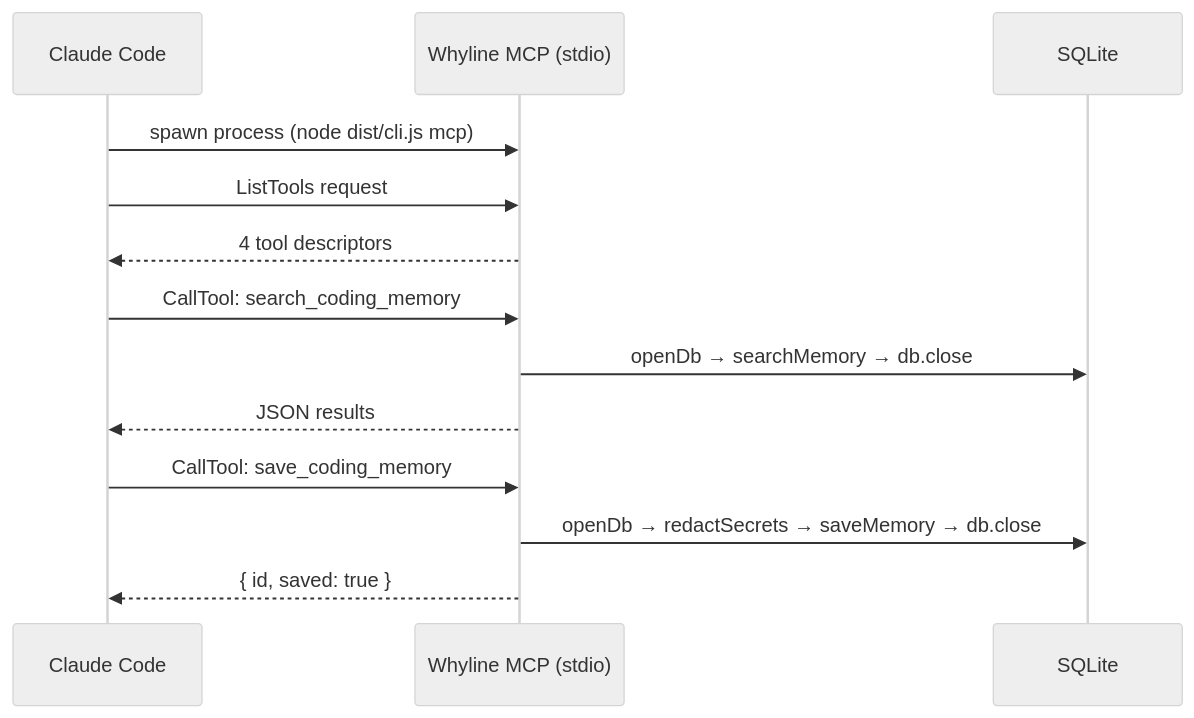
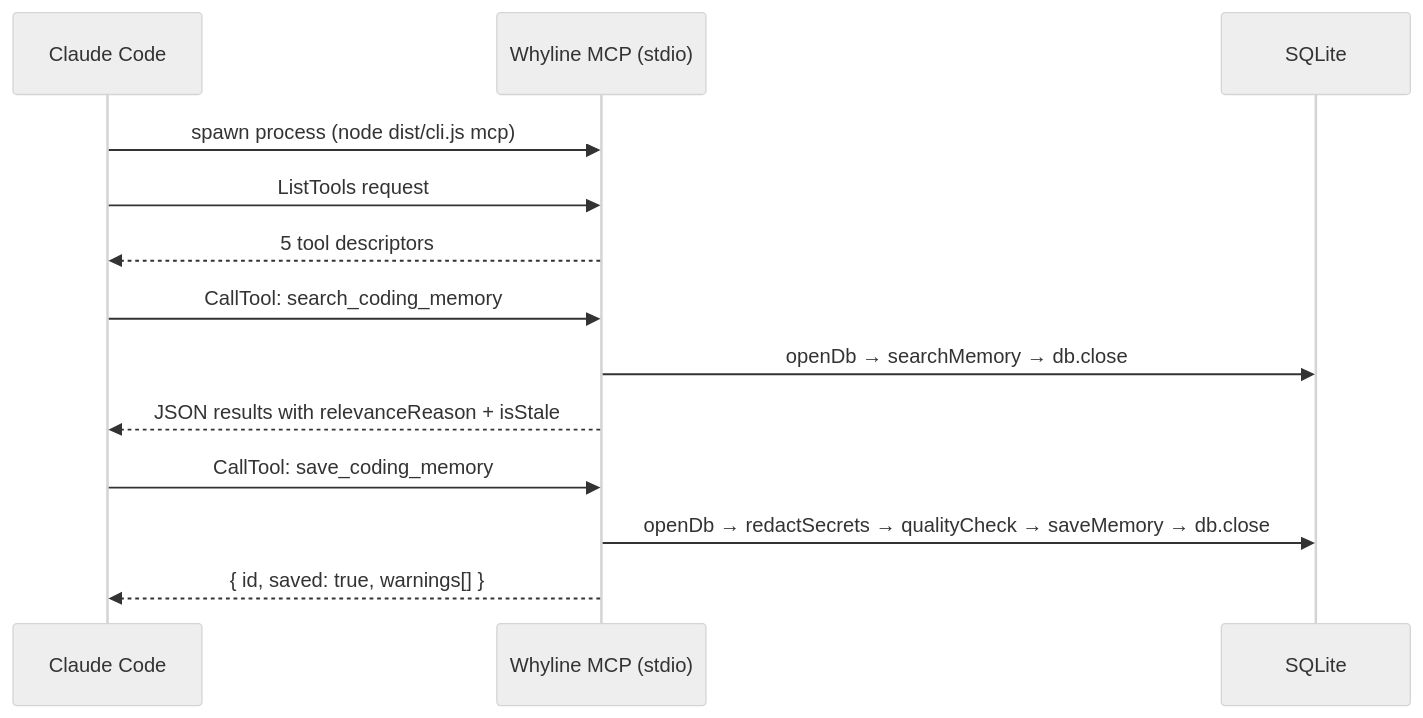
One commit to malinda1986/whyline changed the eighth of 8 diagrams in docs/architecture.md. Above: the diagram before and after it, drawn with Mermaid (neutral theme). The commit also changed other lines of this file and 9 other files, not shown here.

````diff
--- a/docs/architecture.md
+++ b/docs/architecture.md
@@ -260,18 +300,18 @@
 ```mermaid
 sequenceDiagram
     participant CC as Claude Code
     participant Server as Whyline MCP (stdio)
     participant DB as SQLite
 
     CC->>Server: spawn process (node dist/cli.js mcp)
     CC->>Server: ListTools request
-    Server-->>CC: 4 tool descriptors
+    Server-->>CC: 5 tool descriptors
 
     CC->>Server: CallTool: search_coding_memory
     Server->>DB: openDb → searchMemory → db.close
-    Server-->>CC: JSON results
+    Server-->>CC: JSON results with relevanceReason + isStale
 
     CC->>Server: CallTool: save_coding_memory
-    Server->>DB: openDb → redactSecrets → saveMemory → db.close
-    Server-->>CC: { id, saved: true }
+    Server->>DB: openDb → redactSecrets → qualityCheck → saveMemory → db.close
+    Server-->>CC: { id, saved: true, warnings[] }
 ```
````
